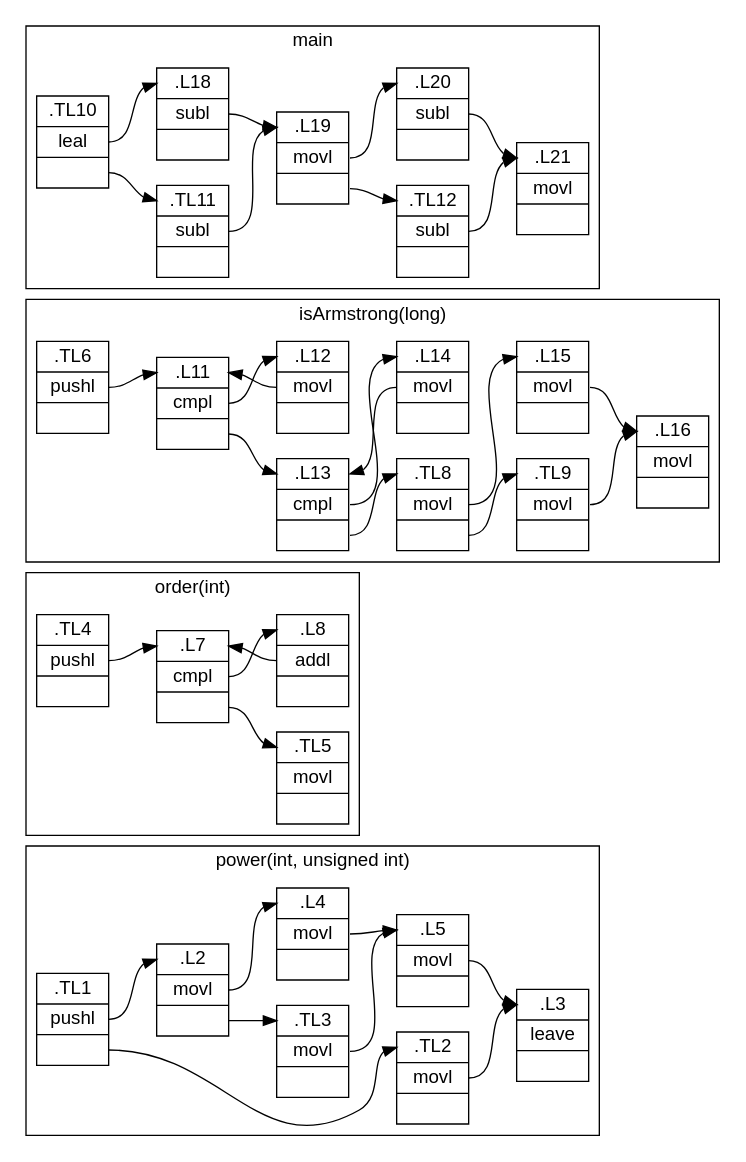
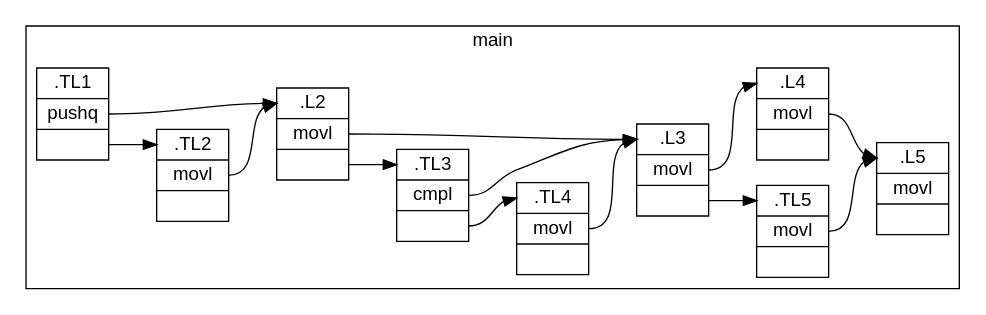
Before and after one commit to Antrea155/C-Decompiler: the diagram in dot/cfgimages.dot, drawn with Graphviz. The commit also changed 16 other files, not shown here.

```diff
--- a/dot/cfgimages.dot
+++ b/dot/cfgimages.dot
@@ -11,11 +11,11 @@
 ];
 edge [
 ];
-subgraph "power(int, unsigned int)" {
-label = "power(int, unsigned int)";
+subgraph "main" {
+label = "main";
 cluster=true;
 ".TL1"[
-label = "<f0>.TL1| <f1> pushl |<f2>"
+label = "<f0>.TL1| <f1> pushq |<f2>"
 shape = "record"
 ];
 ".TL1":f1 -> ".L2":f0 [
@@ -28,24 +28,51 @@
 label = "<f0>.TL2| <f1> movl |<f2>"
 shape = "record"
 ];
-".TL2":f1 -> ".L3":f0 [
+".TL2":f1 -> ".L2":f0 [
 id=1
 ];
 ".L2"[
 label = "<f0>.L2| <f1> movl |<f2>"
 shape = "record"
 ];
-".L2":f1 -> ".L4":f0 [
+".L2":f1 -> ".L3":f0 [
 id=1
 ];
 ".L2":f2 -> ".TL3":f0 [
 id=1
 ];
 ".TL3"[
-label = "<f0>.TL3| <f1> movl |<f2>"
+label = "<f0>.TL3| <f1> cmpl |<f2>"
 shape = "record"
 ];
-".TL3":f1 -> ".L5":f0 [
+".TL3":f1 -> ".L3":f0 [
+id=1
+];
+".TL3":f2 -> ".TL4":f0 [
+id=1
+];
+".TL4"[
+label = "<f0>.TL4| <f1> movl |<f2>"
+shape = "record"
+];
+".TL4":f1 -> ".L3":f0 [
+id=1
+];
+".L3"[
+label = "<f0>.L3| <f1> movl |<f2>"
+shape = "record"
+];
+".L3":f1 -> ".L4":f0 [
+id=1
+];
+".L3":f2 -> ".TL5":f0 [
+id=1
+];
+".TL5"[
+label = "<f0>.TL5| <f1> movl |<f2>"
+shape = "record"
+];
+".TL5":f1 -> ".L5":f0 [
 id=1
 ];
 ".L4"[
@@ -59,173 +86,5 @@
 label = "<f0>.L5| <f1> movl |<f2>"
 shape = "record"
 ];
-".L5":f1 -> ".L3":f0 [
-id=1
-];
-".L3"[
-label = "<f0>.L3| <f1> leave |<f2>"
-shape = "record"
-];
-}
-subgraph "order(int)" {
-label = "order(int)";
-cluster=true;
-".TL4"[
-label = "<f0>.TL4| <f1> pushl |<f2>"
-shape = "record"
-];
-".TL4":f1 -> ".L7":f0 [
-id=1
-];
-".L8"[
-label = "<f0>.L8| <f1> addl |<f2>"
-shape = "record"
-];
-".L8":f1 -> ".L7":f0 [
-id=1
-];
-".L7"[
-label = "<f0>.L7| <f1> cmpl |<f2>"
-shape = "record"
-];
-".L7":f1 -> ".L8":f0 [
-id=1
-];
-".L7":f2 -> ".TL5":f0 [
-id=1
-];
-".TL5"[
-label = "<f0>.TL5| <f1> movl |<f2>"
-shape = "record"
-];
-}
-subgraph "isArmstrong(long)" {
-label = "isArmstrong(long)";
-cluster=true;
-".TL6"[
-label = "<f0>.TL6| <f1> pushl |<f2>"
-shape = "record"
-];
-".TL6":f1 -> ".L11":f0 [
-id=1
-];
-".L12"[
-label = "<f0>.L12| <f1> movl |<f2>"
-shape = "record"
-];
-".L12":f1 -> ".L11":f0 [
-id=1
-];
-".L11"[
-label = "<f0>.L11| <f1> cmpl |<f2>"
-shape = "record"
-];
-".L11":f1 -> ".L12":f0 [
-id=1
-];
-".L11":f2 -> ".L13":f0 [
-id=1
-];
-".L14"[
-label = "<f0>.L14| <f1> movl |<f2>"
-shape = "record"
-];
-".L14":f1 -> ".L13":f0 [
-id=1
-];
-".L13"[
-label = "<f0>.L13| <f1> cmpl |<f2>"
-shape = "record"
-];
-".L13":f1 -> ".L14":f0 [
-id=1
-];
-".L13":f2 -> ".TL8":f0 [
-id=1
-];
-".TL8"[
-label = "<f0>.TL8| <f1> movl |<f2>"
-shape = "record"
-];
-".TL8":f1 -> ".L15":f0 [
-id=1
-];
-".TL8":f2 -> ".TL9":f0 [
-id=1
-];
-".TL9"[
-label = "<f0>.TL9| <f1> movl |<f2>"
-shape = "record"
-];
-".TL9":f1 -> ".L16":f0 [
-id=1
-];
-".L15"[
-label = "<f0>.L15| <f1> movl |<f2>"
-shape = "record"
-];
-".L15":f1 -> ".L16":f0 [
-id=1
-];
-".L16"[
-label = "<f0>.L16| <f1> movl |<f2>"
-shape = "record"
-];
-}
-subgraph "main" {
-label = "main";
-cluster=true;
-".TL10"[
-label = "<f0>.TL10| <f1> leal |<f2>"
-shape = "record"
-];
-".TL10":f1 -> ".L18":f0 [
-id=1
-];
-".TL10":f2 -> ".TL11":f0 [
-id=1
-];
-".TL11"[
-label = "<f0>.TL11| <f1> subl |<f2>"
-shape = "record"
-];
-".TL11":f1 -> ".L19":f0 [
-id=1
-];
-".L18"[
-label = "<f0>.L18| <f1> subl |<f2>"
-shape = "record"
-];
-".L18":f1 -> ".L19":f0 [
-id=1
-];
-".L19"[
-label = "<f0>.L19| <f1> movl |<f2>"
-shape = "record"
-];
-".L19":f1 -> ".L20":f0 [
-id=1
-];
-".L19":f2 -> ".TL12":f0 [
-id=1
-];
-".TL12"[
-label = "<f0>.TL12| <f1> subl |<f2>"
-shape = "record"
-];
-".TL12":f1 -> ".L21":f0 [
-id=1
-];
-".L20"[
-label = "<f0>.L20| <f1> subl |<f2>"
-shape = "record"
-];
-".L20":f1 -> ".L21":f0 [
-id=1
-];
-".L21"[
-label = "<f0>.L21| <f1> movl |<f2>"
-shape = "record"
-];
 }
 }
```
